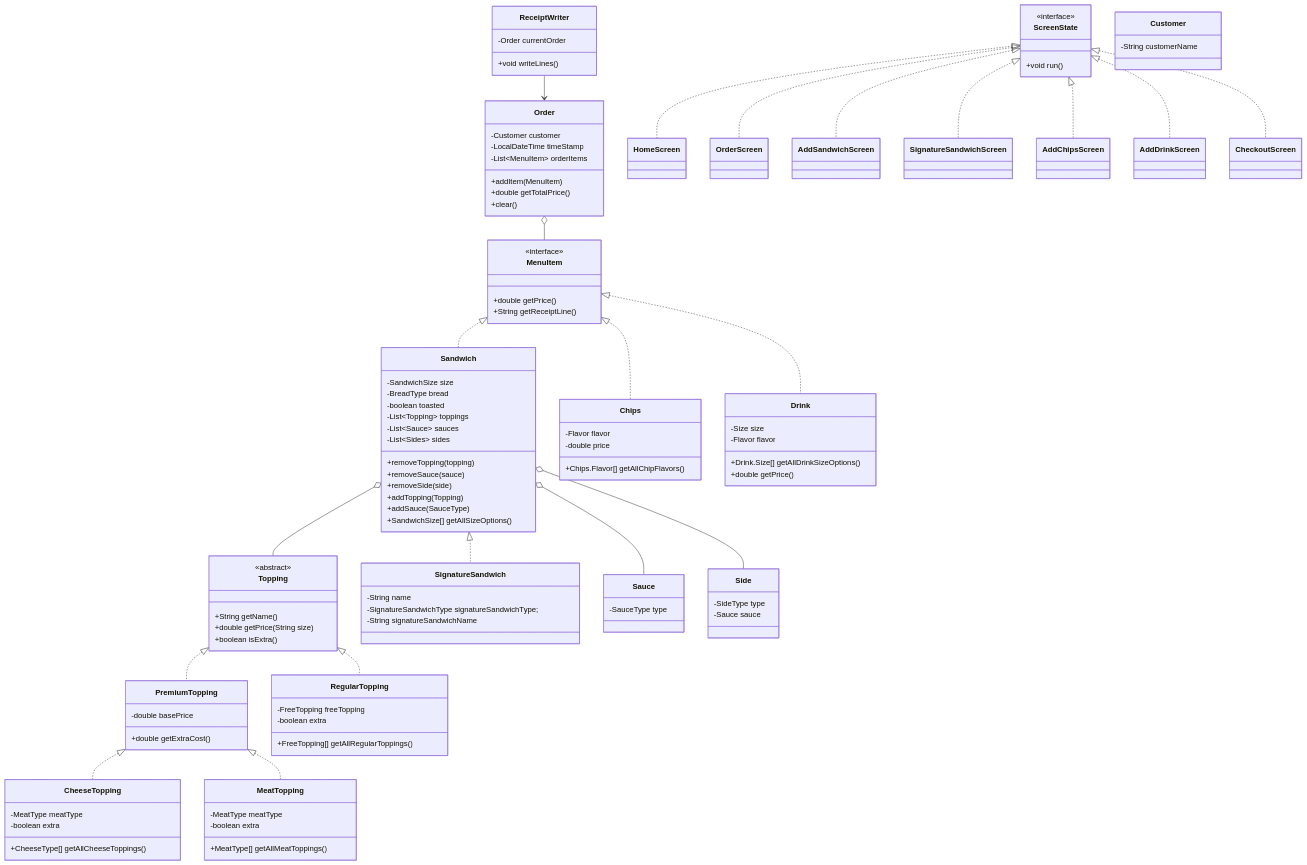
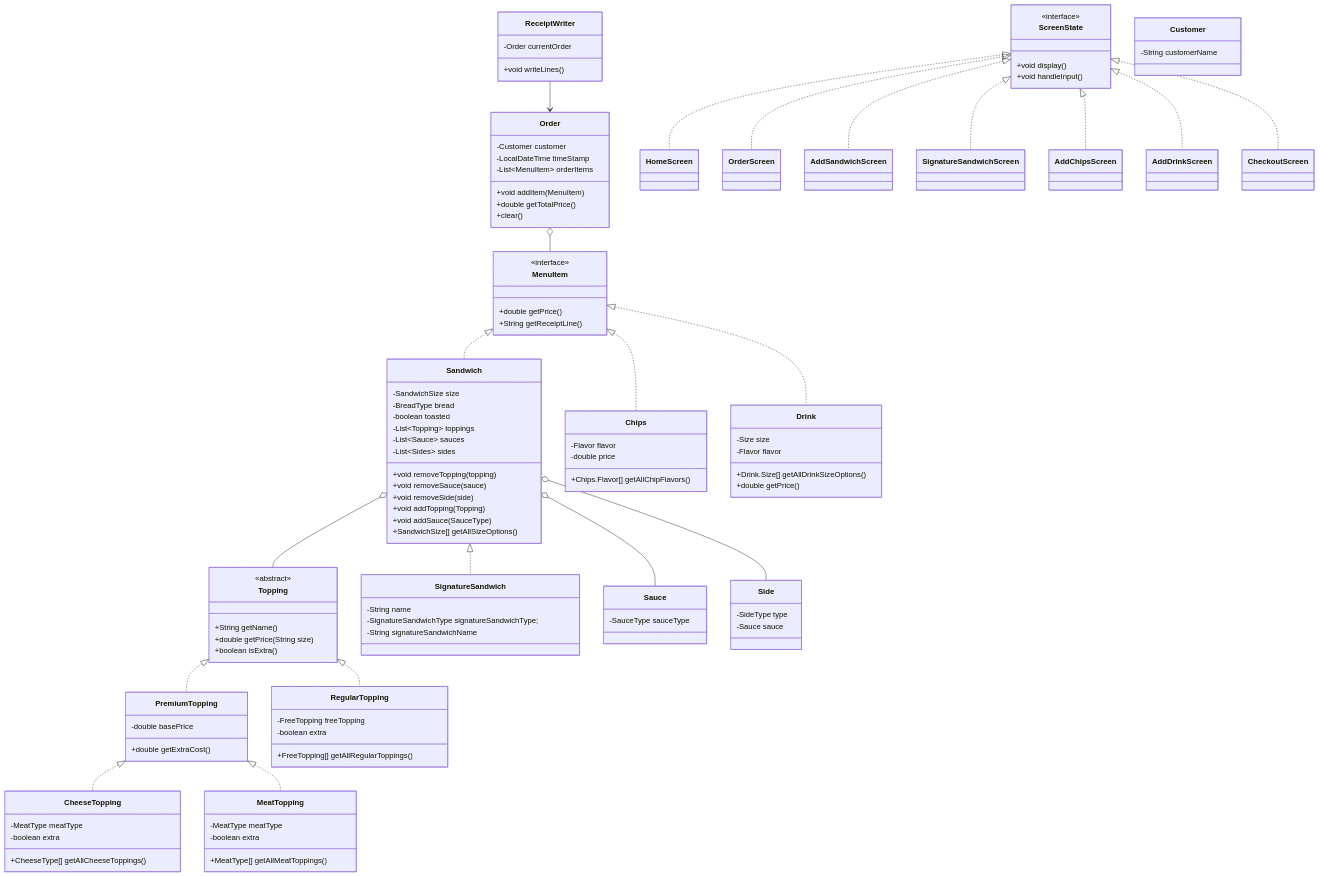
Before and after one commit to annaharbour/deli-cious: the diagram in README.md, drawn with Mermaid.

Commit message:
Update README.md
UML edits

```diff
--- a/README.md
+++ b/README.md
@@ -28,7 +28,8 @@
 
     class ScreenState {
         <<interface>>
-        +void run()
+        +void display()
+        +void handleInput()
     }
 
     class ReceiptWriter {
@@ -44,11 +45,11 @@
         -List~Topping~ toppings
         -List~Sauce~ sauces
         -List~Sides~ sides
-        +removeTopping(topping)
-        +removeSauce(sauce)
-        +removeSide(side)
-        +addTopping(Topping)
-        +addSauce(SauceType)
+        +void removeTopping(topping)
+        +void removeSauce(sauce)
+        +void removeSide(side)
+        +void addTopping(Topping)
+        +void addSauce(SauceType)
         +SandwichSize[] getAllSizeOptions()
     }
 
@@ -82,7 +83,7 @@
     }
 
     class Sauce {
-        -SauceType type
+        -SauceType sauceType
     }
     
     class Side {
@@ -108,7 +109,7 @@
         -Customer customer
         -LocalDateTime timeStamp
         -List~MenuItem~ orderItems
-        +addItem(MenuItem)
+        +void addItem(MenuItem)
         +double getTotalPrice()
         +clear()
     }
```
